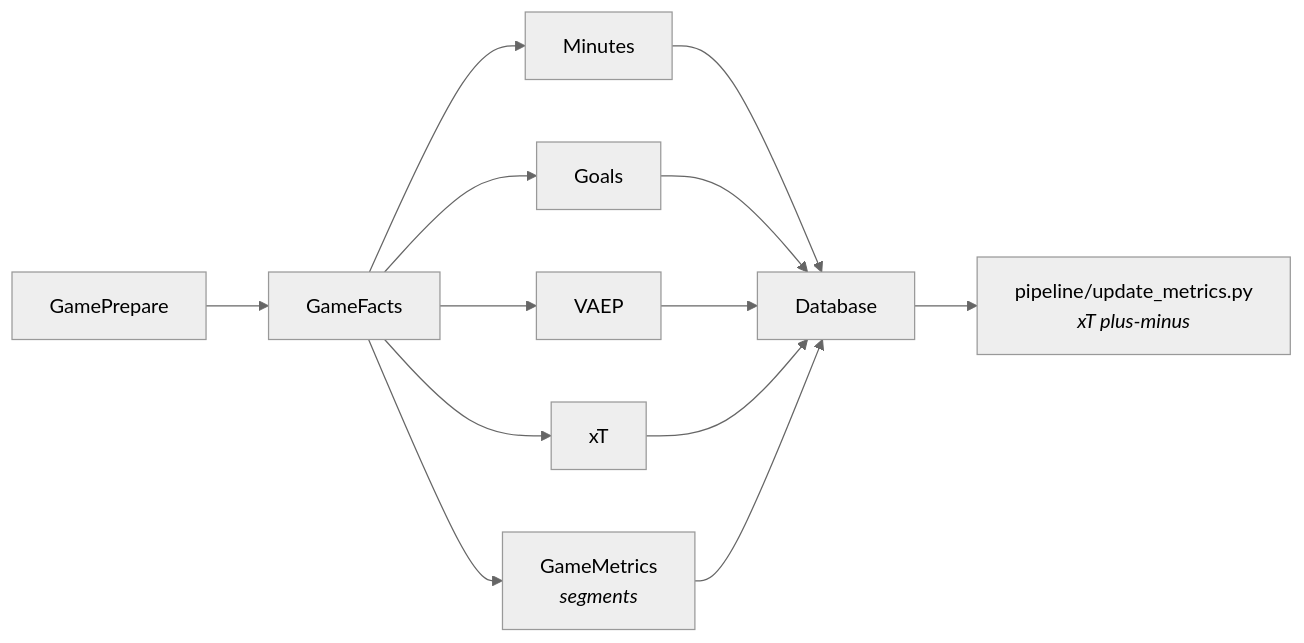
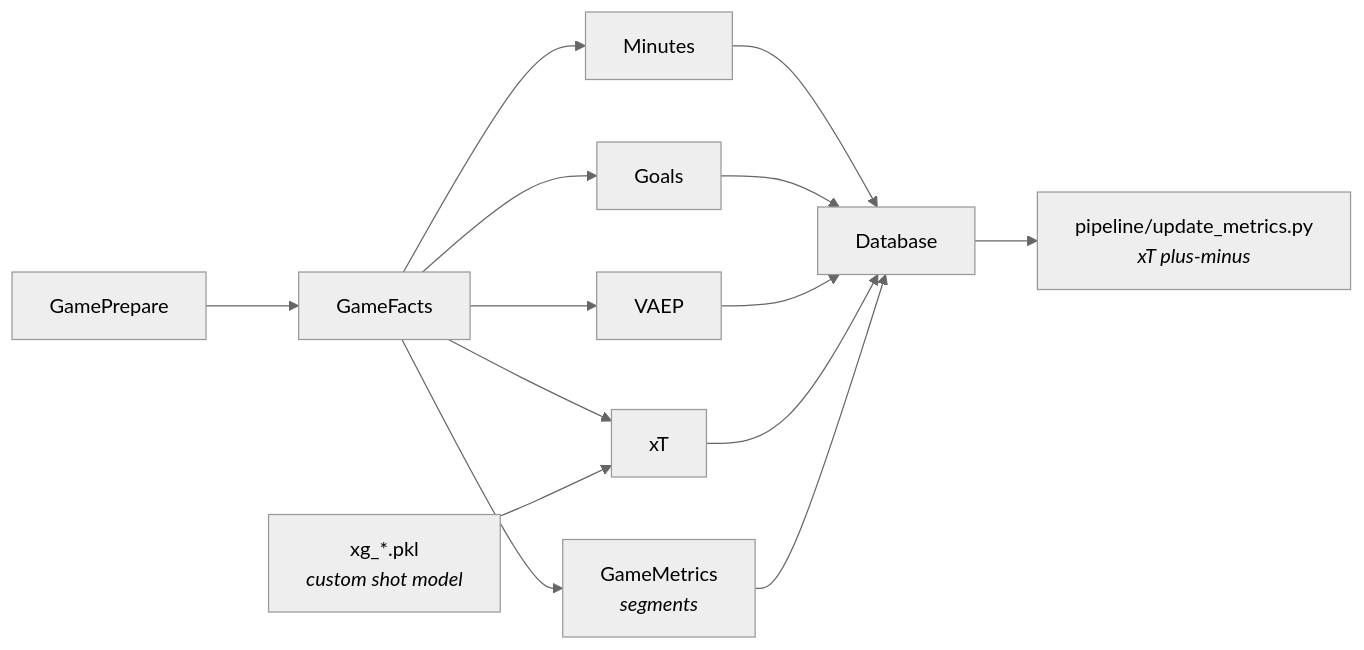
One commit to s-morten/packing-report changed the first of 2 diagrams in insights/README.md. Above: the diagram before and after it, drawn with Mermaid (neutral theme). The commit also changed other lines of this file and 7 other files, not shown here.

Commit message:
feat: add custom xG model

````diff
--- a/insights/README.md
+++ b/insights/README.md
@@ -9,15 +9,16 @@
 ```mermaid
 graph LR
     A[GamePrepare] --> B[GameFacts]
     B --> C1[Minutes]
     B --> C2[Goals]
     B --> C3[VAEP]
     B --> C4[xT]
+    M["xg_*.pkl<br/><i>custom shot model</i>"] --> C4
     C1 --> D[Database]
     C2 --> D
     C3 --> D
     C4 --> D
     B --> E[GameMetrics<br/><i>segments</i>]
     E --> D
     D --> F[pipeline/update_metrics.py<br/><i>xT plus-minus</i>]
 ```
````
